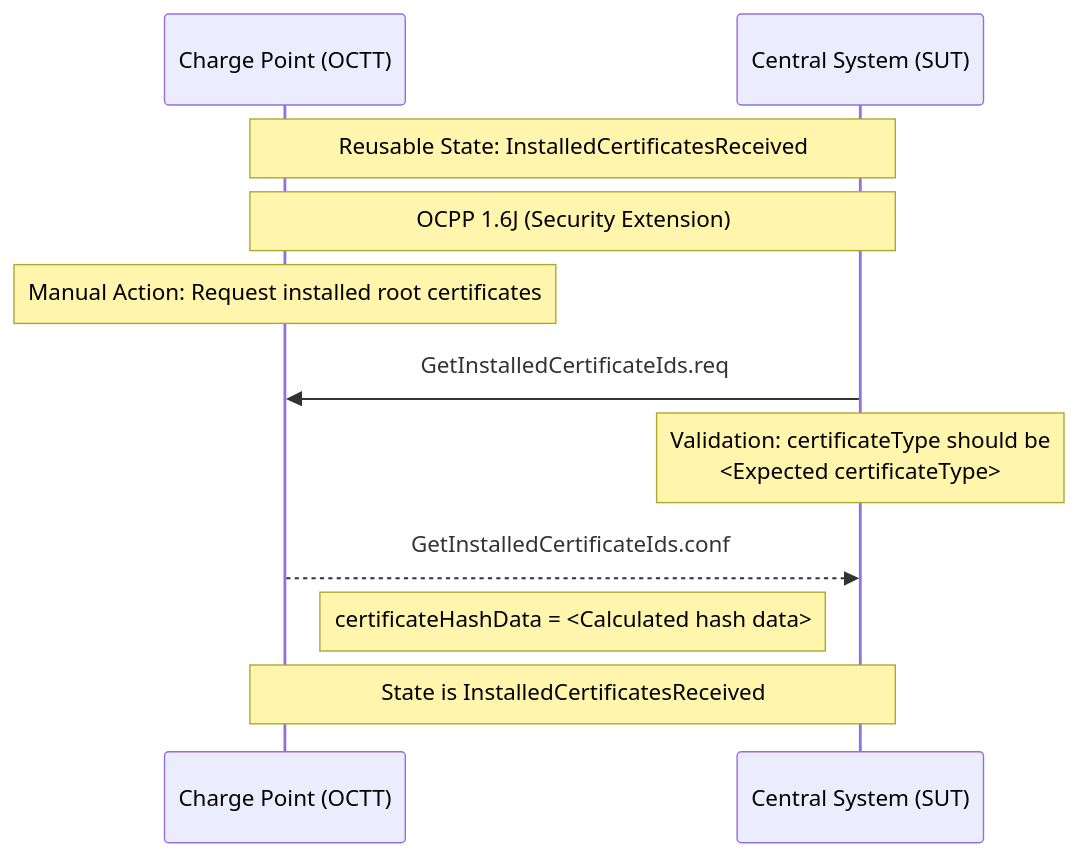
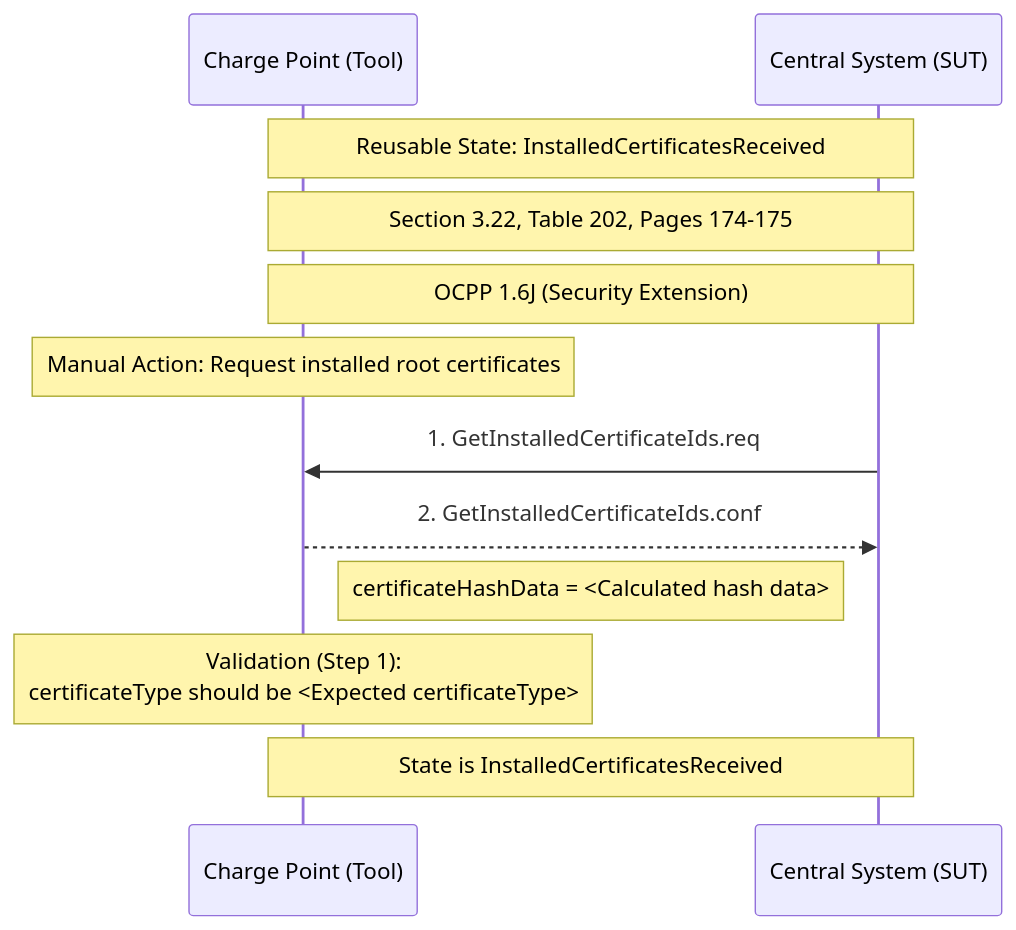
One commit to tzi-app/tzi-OCTT changed the diagram in 1.6/reusable_state_installed_certificates_received.mermaid. Above: the diagram before and after it, drawn with Mermaid. The commit also changed 173 other files, not shown here.

```diff
--- a/1.6/reusable_state_installed_certificates_received.mermaid
+++ b/1.6/reusable_state_installed_certificates_received.mermaid
@@ -1,16 +1,18 @@
 sequenceDiagram
-    participant CP as Charge Point (OCTT)
+    participant CP as Charge Point (Tool)
     participant CS as Central System (SUT)
 
     Note over CP,CS: Reusable State: InstalledCertificatesReceived
+    Note over CP,CS: Section 3.22, Table 202, Pages 174-175
     Note over CP,CS: OCPP 1.6J (Security Extension)
 
     Note over CP: Manual Action: Request installed root certificates
 
-    CS->>CP: GetInstalledCertificateIds.req
-    Note over CS: Validation: certificateType should be<br/><Expected certificateType>
+    CS->>CP: 1. GetInstalledCertificateIds.req
 
-    CP-->>CS: GetInstalledCertificateIds.conf
+    CP-->>CS: 2. GetInstalledCertificateIds.conf
     Note right of CP: certificateHashData = <Calculated hash data>
 
+    Note over CP: Validation (Step 1):<br/>certificateType should be <Expected certificateType>
+
     Note over CP,CS: State is InstalledCertificatesReceived
```
